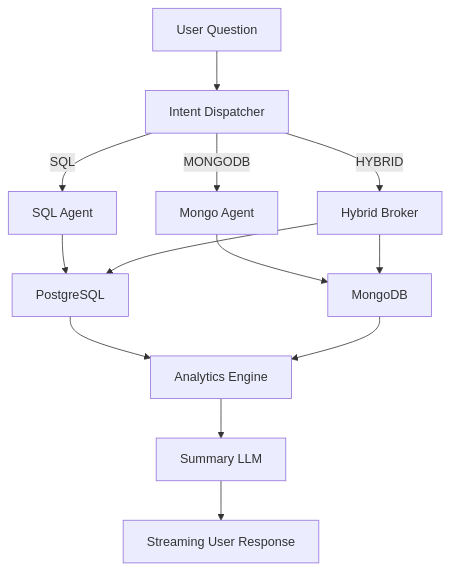
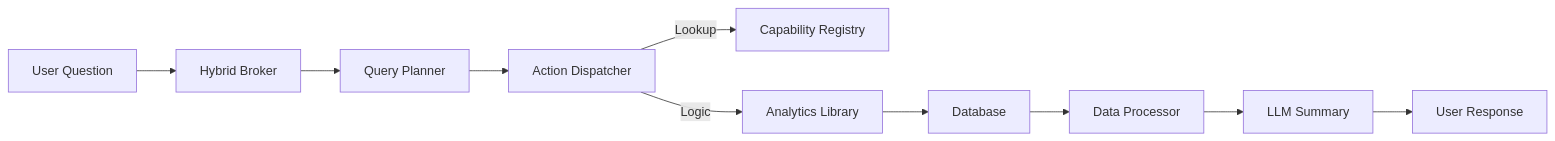
The diagram in PROJECT_STRUCTURE_AND_ARCHITECTURE.md (ankushsutar/ai-exec), drawn with Mermaid before and after one commit. The commit also changed other lines of this file and 2 other files, not shown here.

Commit message:
Updated readme and architecture.md files

````diff
--- a/PROJECT_STRUCTURE_AND_ARCHITECTURE.md
+++ b/PROJECT_STRUCTURE_AND_ARCHITECTURE.md
@@ -49,17 +45,12 @@
 ```mermaid
-graph TD
-    A[User Question] --> B[Intent Dispatcher]
-    B -- "SQL" --> C[SQL Agent]
-    B -- "MONGODB" --> D[Mongo Agent]
-    B -- "HYBRID" --> E[Hybrid Broker]
-
-    C --> F[PostgreSQL]
-    D --> G[MongoDB]
-    E --> F
-    E --> G
-
-    F --> H[Analytics Engine]
-    G --> H
-    H --> I[Summary LLM]
-    I --> J[Streaming User Response]
+graph LR
+    A[User Question] --> B[Hybrid Broker]
+    B --> C[Query Planner]
+    C --> D[Action Dispatcher]
+    D -- "Lookup" --> E[Capability Registry]
+    D -- "Logic" --> F[Analytics Library]
+    F --> G[Database]
+    G --> H[Data Processor]
+    H --> I[LLM Summary]
+    I --> J[User Response]
 ```
````
